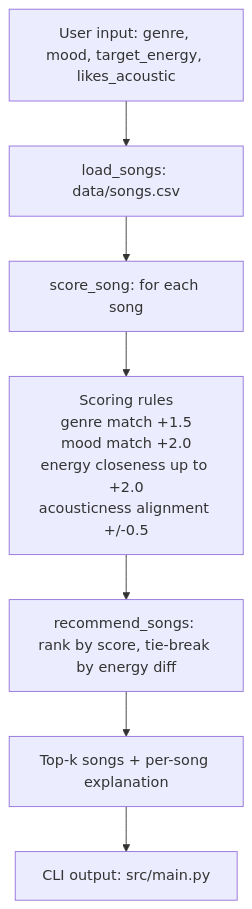
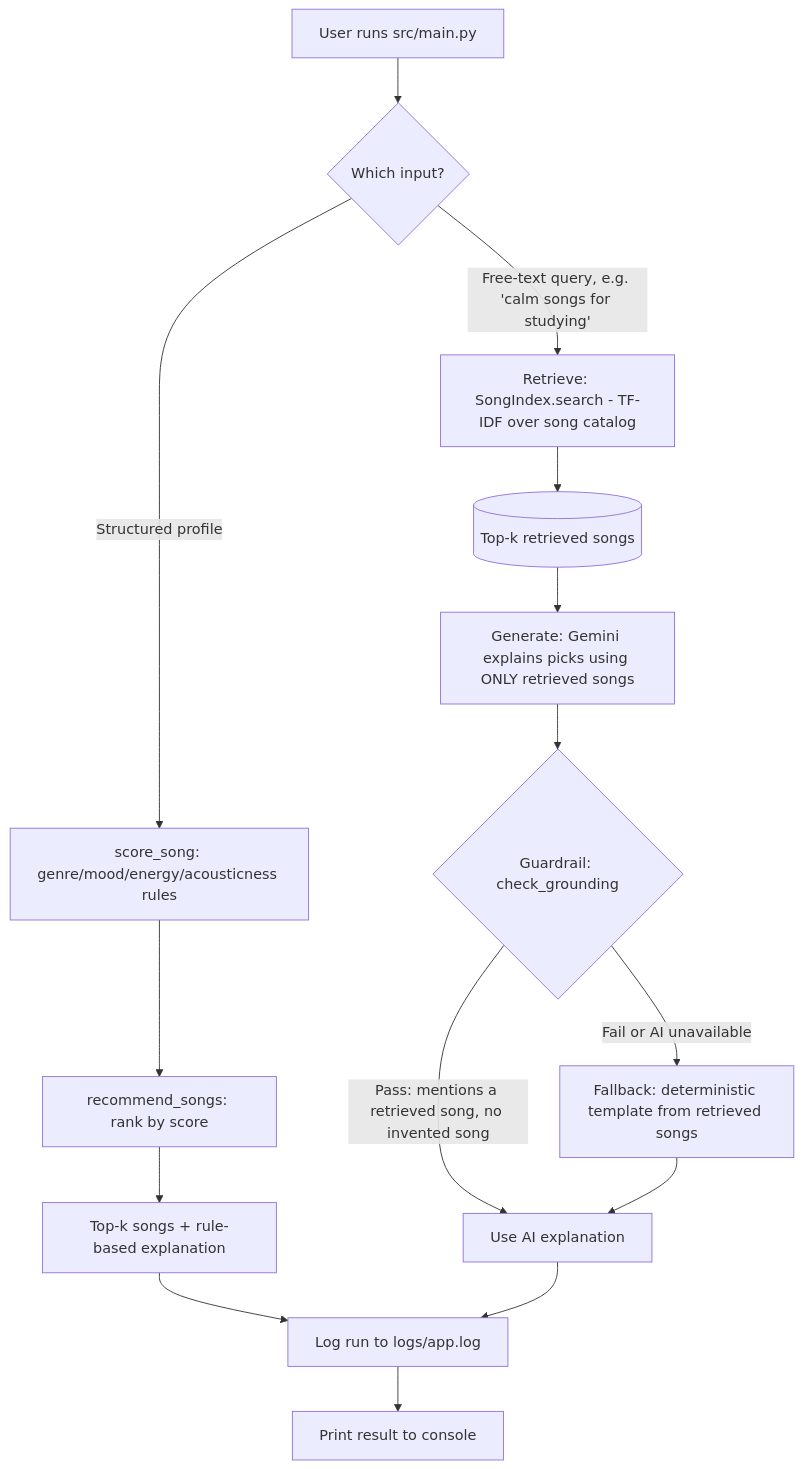
One commit to z1netdin/applied-ai-system-project changed the diagram in diagrams/architecture.mmd. Above: the diagram before and after it, drawn with Mermaid. The commit also changed 12 other files, not shown here.

First line of the commit message:
Add RAG pipeline: retrieval + Gemini generation + grounding guardrail

```diff
--- a/diagrams/architecture.mmd
+++ b/diagrams/architecture.mmd
@@ -1,7 +1,18 @@
 flowchart TD
-    A[User input: genre, mood, target_energy, likes_acoustic] --> B[load_songs: data/songs.csv]
-    B --> C[score_song: for each song]
-    C --> D[Scoring rules\ngenre match +1.5\nmood match +2.0\nenergy closeness up to +2.0\nacousticness alignment +/-0.5]
-    D --> E[recommend_songs: rank by score, tie-break by energy diff]
-    E --> F[Top-k songs + per-song explanation]
-    F --> G[CLI output: src/main.py]
+    Start[User runs src/main.py] --> Mode{Which input?}
+
+    Mode -->|Structured profile| Score[score_song: genre/mood/energy/acousticness rules]
+    Score --> RankA[recommend_songs: rank by score]
+    RankA --> OutA[Top-k songs + rule-based explanation]
+
+    Mode -->|Free-text query, e.g. 'calm songs for studying'| Retrieve[Retrieve: SongIndex.search - TF-IDF over song catalog]
+    Retrieve --> Retrieved[(Top-k retrieved songs)]
+    Retrieved --> Generate[Generate: Gemini explains picks using ONLY retrieved songs]
+    Generate --> Guard{Guardrail: check_grounding}
+    Guard -->|Pass: mentions a retrieved song, no invented song| OutB[Use AI explanation]
+    Guard -->|Fail or AI unavailable| Fallback[Fallback: deterministic template from retrieved songs]
+    Fallback --> OutB
+
+    OutA --> Log[Log run to logs/app.log]
+    OutB --> Log
+    Log --> End[Print result to console]
```
